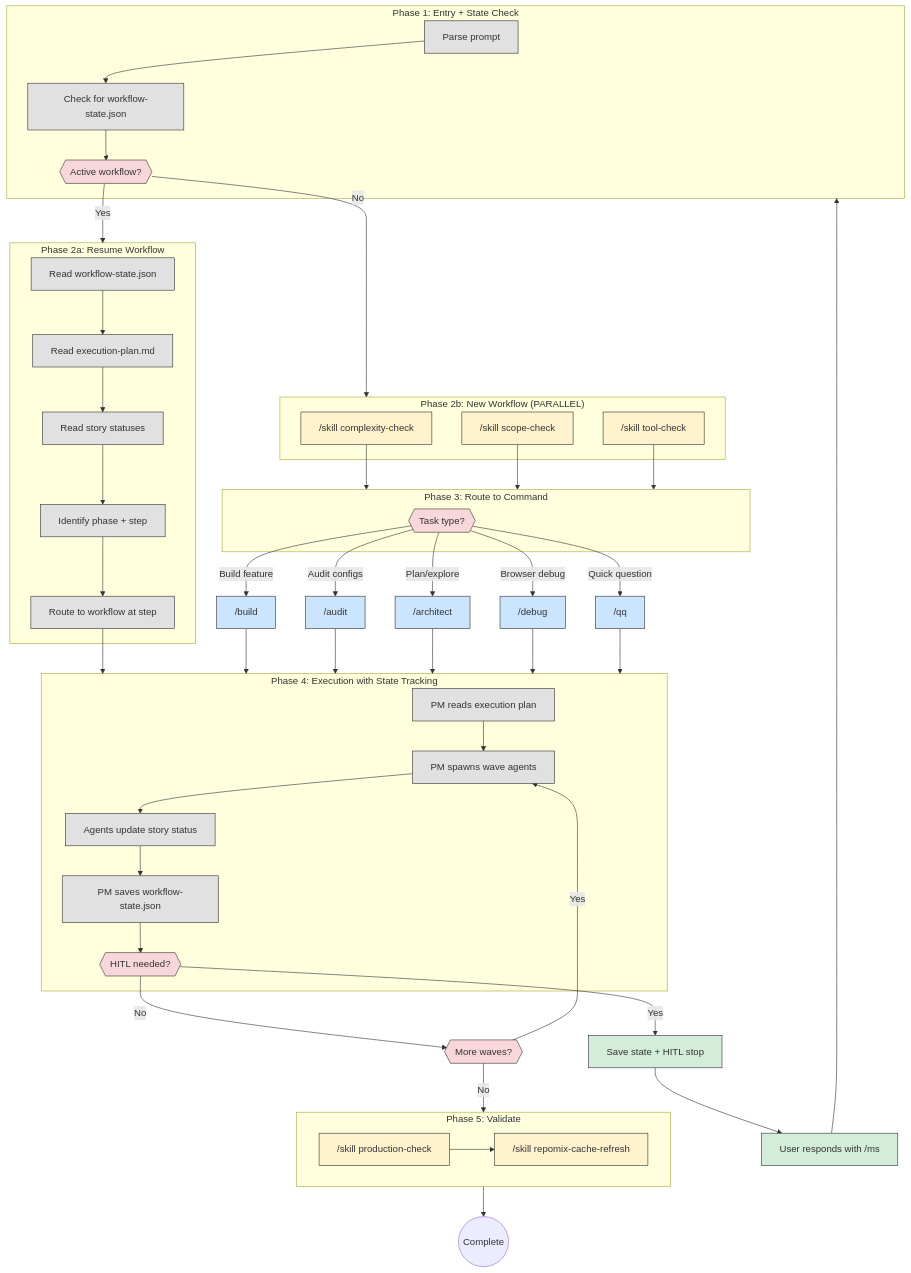
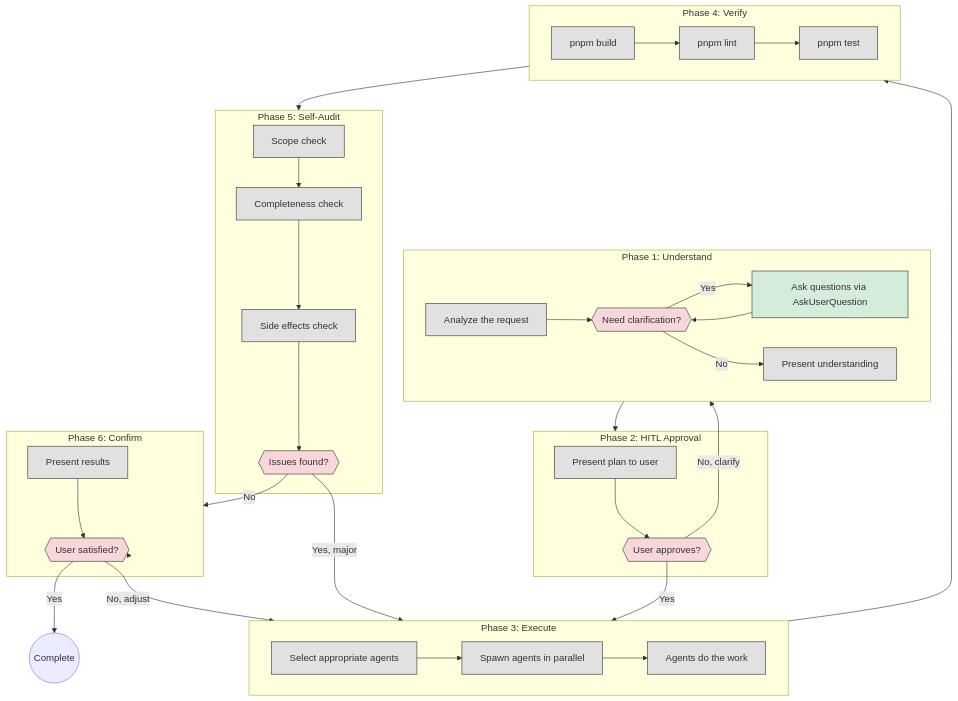
One commit to metasaver/metasaver-marketplace changed the first of 3 diagrams in docs/architecture/ms-command-target-state.md. Above: the diagram before and after it, drawn with Mermaid. The commit also changed other lines of this file and 6 other files, not shown here.

Commit message:
feat: Refactor scope-check-agent documentation for clarity and structure; enhance ms command workflow with HITL approval; introduce standardized documentation templates for PRD, execution plans, and user stories.

````diff
--- a/docs/architecture/ms-command-target-state.md
+++ b/docs/architecture/ms-command-target-state.md
@@ -17,74 +15,61 @@
 ```mermaid
 flowchart TB
-    subgraph P1["Phase 1: Entry + State Check"]
-        E1["Parse prompt"]:::step
-        E2["Check for workflow-state.json"]:::step
-        E3{{"Active workflow?"}}:::decision
+    subgraph P1["Phase 1: Understand"]
+        U1["Analyze the request"]:::step
+        U2{{"Need clarification?"}}:::decision
+        U3["Ask questions via AskUserQuestion"]:::hitl
+        U4["Present understanding"]:::step
+        U1 --> U2
+        U2 -->|Yes| U3 --> U2
+        U2 -->|No| U4
+    end
+
+    subgraph P2["Phase 2: HITL Approval"]
+        A1["Present plan to user"]:::step
+        A2{{"User approves?"}}:::decision
+        A1 --> A2
+    end
+
+    subgraph P3["Phase 3: Execute"]
+        E1["Select appropriate agents"]:::step
+        E2["Spawn agents in parallel"]:::step
+        E3["Agents do the work"]:::step
         E1 --> E2 --> E3
     end
 
-    subgraph P2_RESUME["Phase 2a: Resume Workflow"]
-        R1["Read workflow-state.json"]:::step
-        R2["Read execution-plan.md"]:::step
-        R3["Read story statuses"]:::step
-        R4["Identify phase + step"]:::step
-        R5["Route to workflow at step"]:::step
-        R1 --> R2 --> R3 --> R4 --> R5
+    subgraph P4["Phase 4: Verify"]
+        V1["pnpm build"]:::step
+        V2["pnpm lint"]:::step
+        V3["pnpm test"]:::step
+        V1 --> V2 --> V3
     end
 
-    subgraph P2_NEW["Phase 2b: New Workflow (PARALLEL)"]
-        N1["/skill complexity-check"]:::skill
-        N2["/skill scope-check"]:::skill
-        N3["/skill tool-check"]:::skill
+    subgraph P5["Phase 5: Self-Audit"]
+        S1["Scope check"]:::step
+        S2["Completeness check"]:::step
+        S3["Side effects check"]:::step
+        S4{{"Issues found?"}}:::decision
+        S1 --> S2 --> S3 --> S4
     end
 
-    E3 -->|Yes| P2_RESUME
-    E3 -->|No| P2_NEW
-
-    subgraph P3["Phase 3: Route to Command"]
-        RT{{"Task type?"}}:::decision
+    subgraph P6["Phase 6: Confirm"]
+        C1["Present results"]:::step
+        C2{{"User satisfied?"}}:::decision
+        C1 --> C2
     end
 
-    N1 & N2 & N3 --> P3
-    R5 --> EXEC
-
-    RT -->|"Build feature"| BUILD["/build"]:::command
-    RT -->|"Audit configs"| AUDIT["/audit"]:::command
-    RT -->|"Plan/explore"| ARCH["/architect"]:::command
-    RT -->|"Browser debug"| DEBUG["/debug"]:::command
-    RT -->|"Quick question"| QQ["/qq"]:::command
-
-    BUILD & AUDIT & ARCH & DEBUG & QQ --> EXEC
-
-    subgraph EXEC["Phase 4: Execution with State Tracking"]
-        EX1["PM reads execution plan"]:::step
-        EX2["PM spawns wave agents"]:::step
-        EX3["Agents update story status"]:::step
-        EX4["PM saves workflow-state.json"]:::step
-        EX5{{"HITL needed?"}}:::decision
-        EX1 --> EX2 --> EX3 --> EX4 --> EX5
-    end
-
-    EX5 -->|No| NEXT{{"More waves?"}}:::decision
-    EX5 -->|Yes| STOP["Save state + HITL stop"]:::hitl
-
-    NEXT -->|Yes| EX2
-    NEXT -->|No| VAL
-
-    subgraph VAL["Phase 5: Validate"]
-        V1["/skill production-check"]:::skill
-        V2["/skill repomix-cache-refresh"]:::skill
-        V1 --> V2
-    end
-
-    VAL --> DONE((Complete))
-
-    STOP --> WAIT["User responds with /ms"]:::hitl
-    WAIT --> P1
+    P1 --> P2
+    A2 -->|Yes| P3
+    A2 -->|No, clarify| P1
+    P3 --> P4
+    P4 --> P5
+    S4 -->|No| P6
+    S4 -->|Yes, major| P3
+    P6 --> C2
+    C2 -->|Yes| DONE((Complete))
+    C2 -->|No, adjust| P3
 
     classDef step fill:#e1e1e1,stroke:#333
-    classDef skill fill:#fff3cd,stroke:#333
-    classDef command fill:#cce5ff,stroke:#333
+    classDef hitl fill:#d4edda,stroke:#333
     classDef decision fill:#f8d7da,stroke:#333
-    classDef hitl fill:#d4edda,stroke:#333
 ```
````
